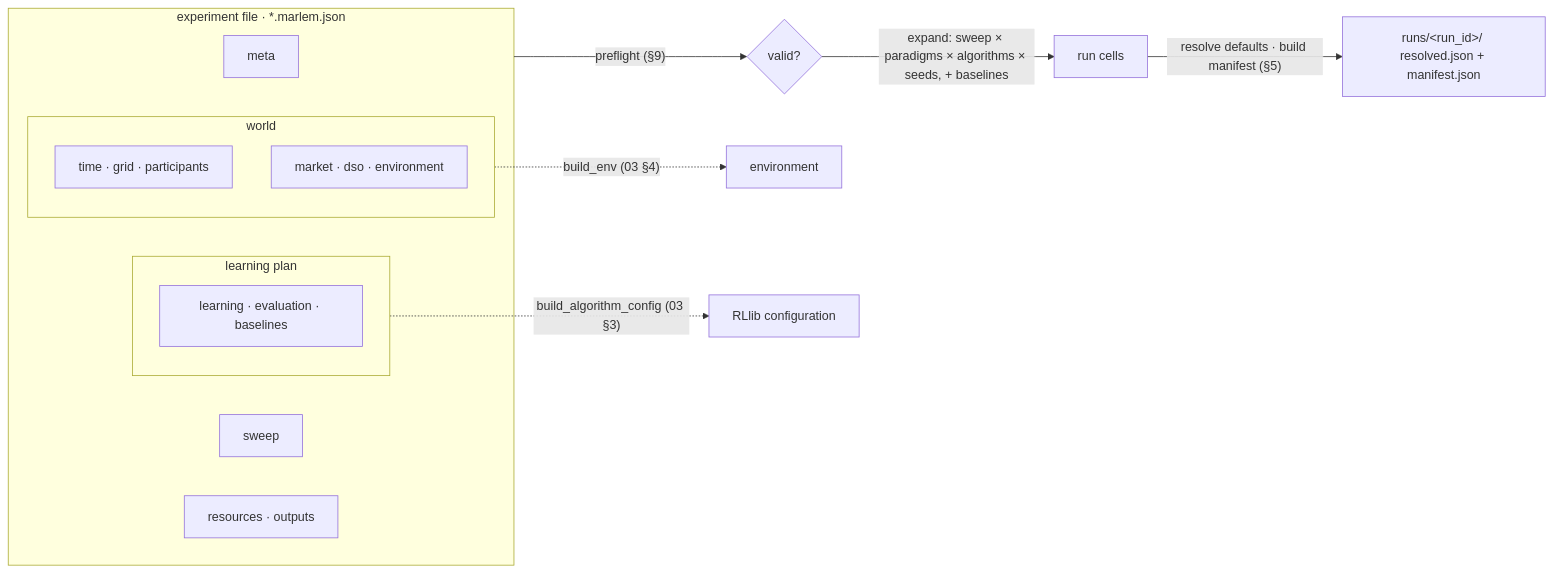
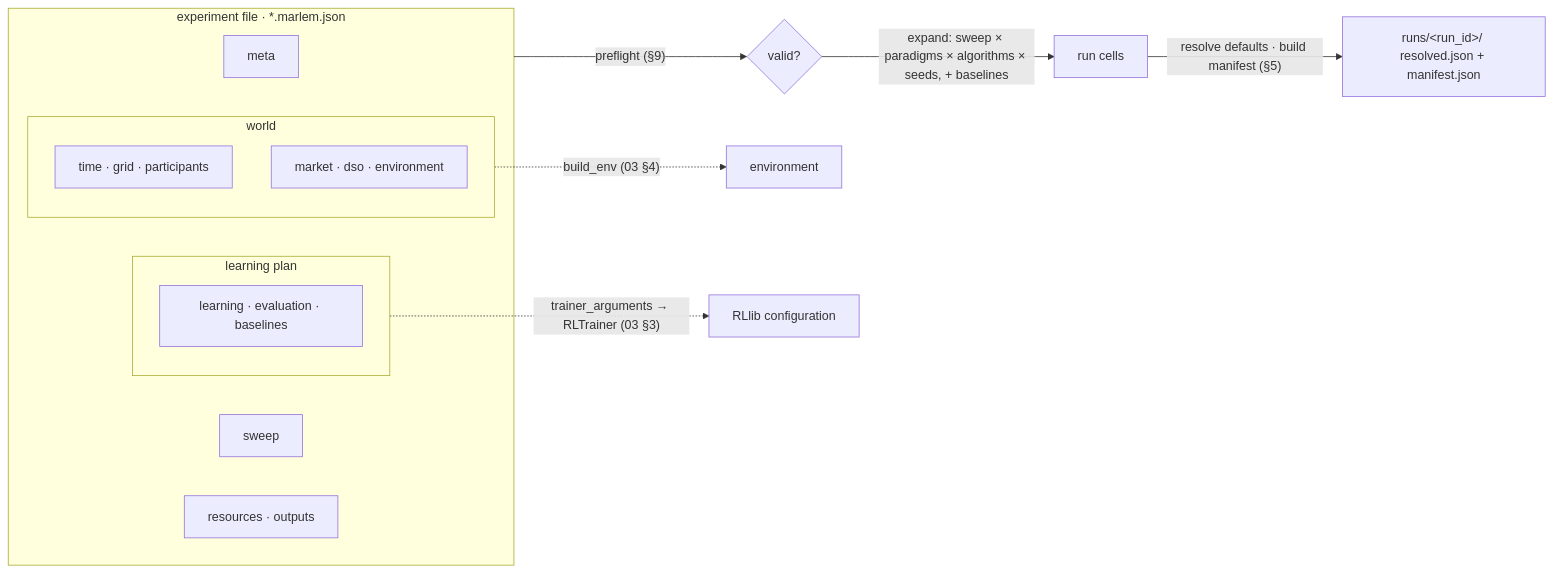
Before and after one commit to KevinRapo/P2P-thesis: the diagram in docs_thesis/thesis/architecture/02-experiment-config.md, drawn with Mermaid. The commit also changed other lines of this file and 20 other files, not shown here.

````diff
--- a/docs_thesis/thesis/architecture/02-experiment-config.md
+++ b/docs_thesis/thesis/architecture/02-experiment-config.md
@@ -41,20 +41,20 @@
 ```mermaid
 flowchart LR
   subgraph FILE["experiment file · *.marlem.json"]
     META["meta"]
     subgraph WORLD["world"]
       W1["time · grid · participants"]
       W2["market · dso · environment"]
     end
     subgraph PLAN["learning plan"]
       P1["learning · evaluation · baselines"]
     end
     SWEEP["sweep"]
     RES["resources · outputs"]
   end
   FILE -->|"preflight (§9)"| OK{"valid?"}
   OK -->|"expand: sweep × paradigms × algorithms × seeds, + baselines"| CELLS["run cells"]
   CELLS -->|"resolve defaults · build manifest (§5)"| RUNS["runs/&lt;run_id&gt;/ resolved.json + manifest.json"]
   WORLD -. "build_env (03 §4)" .-> ENV["environment"]
-  PLAN -. "build_algorithm_config (03 §3)" .-> RL["RLlib configuration"]
+  PLAN -. "trainer_arguments → RLTrainer (03 §3)" .-> RL["RLlib configuration"]
 ```
````
